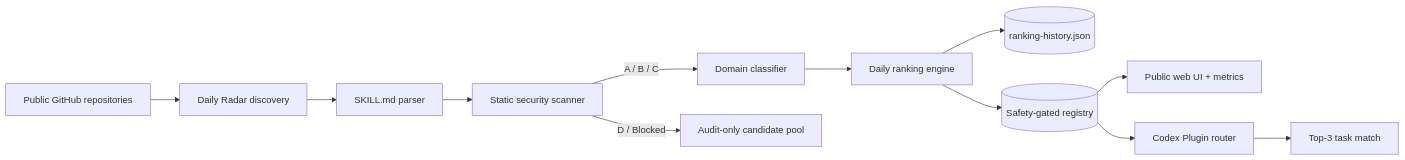
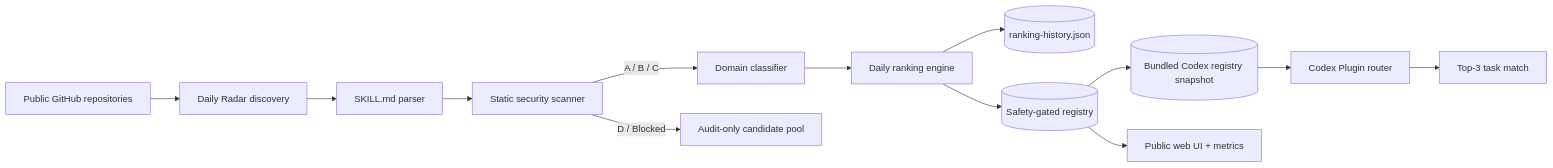
One commit to changchangidea-oss/SkillRadar changed the diagram in README.md. Above: the diagram before and after it, drawn with Mermaid. The commit also changed other lines of this file, not shown here.

````diff
--- a/README.md
+++ b/README.md
@@ -89,14 +93,15 @@
 ```mermaid
 flowchart LR
   GH[Public GitHub repositories] --> D[Daily Radar discovery]
   D --> P[SKILL.md parser]
   P --> S[Static security scanner]
   S -->|A / B / C| C[Domain classifier]
   S -->|D / Blocked| A[Audit-only candidate pool]
   C --> R[Daily ranking engine]
   R --> H[(ranking-history.json)]
   R --> REG[(Safety-gated registry)]
+  REG --> SNAP[(Bundled Codex registry snapshot)]
   REG --> WEB[Public web UI + metrics]
-  REG --> CODEX[Codex Plugin router]
+  SNAP --> CODEX[Codex Plugin router]
   CODEX --> T[Top-3 task match]
 ```
````
